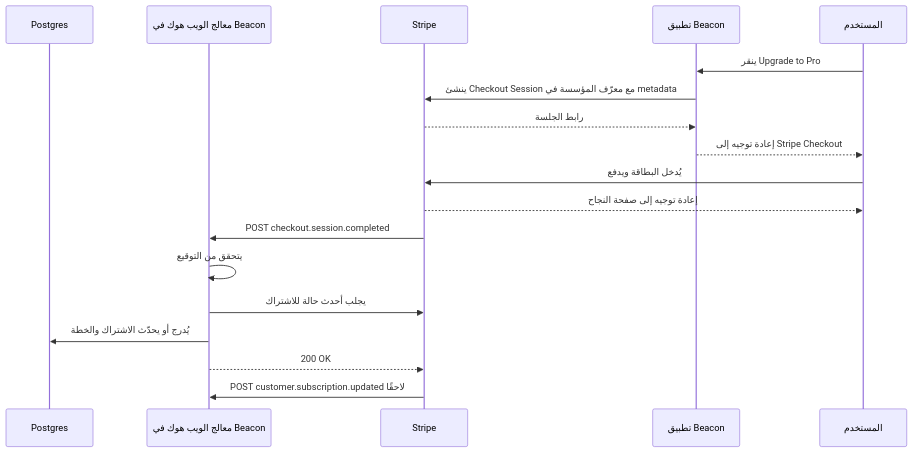
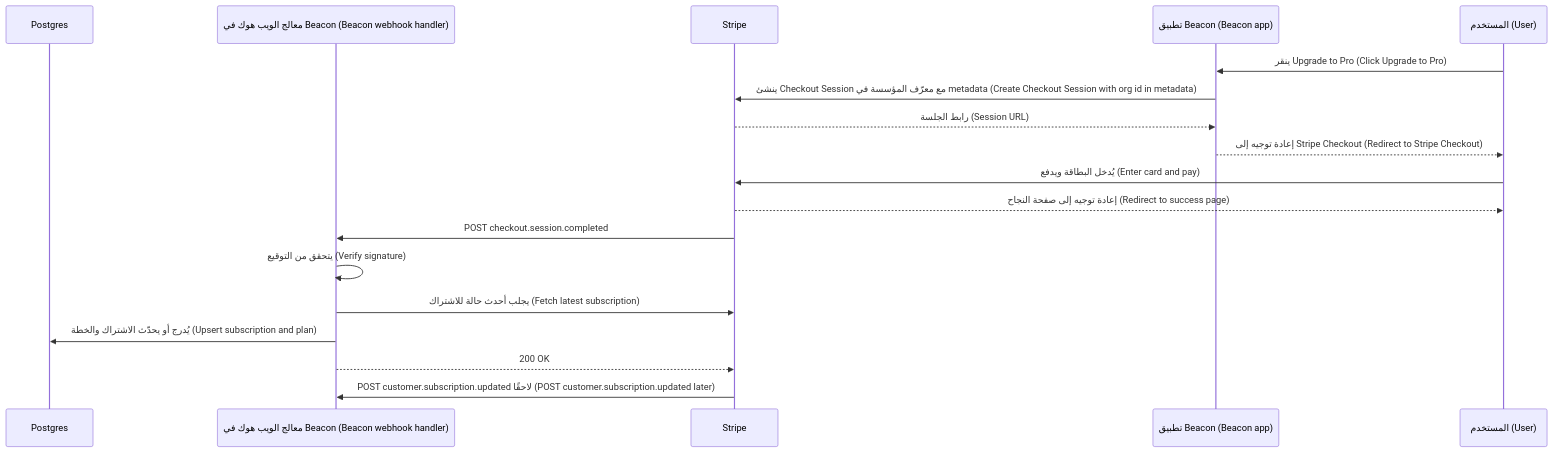
The first of 4 diagrams in saas/modules/03-money.ar.md (Tamoura/system-design-for-vibe-coders), drawn with Mermaid before and after one commit. The commit also changed other lines of this file and 62 other files, not shown here.

First line of the commit message:
Arabic editions: English on every diagram label, RTL fixes, rebuild

````diff
--- a/saas/modules/03-money.ar.md
+++ b/saas/modules/03-money.ar.md
@@ -53,20 +53,20 @@
 ```mermaid
 sequenceDiagram
     participant DB as Postgres
-    participant W as معالج الويب هوك في Beacon
+    participant W as معالج الويب هوك في Beacon (Beacon webhook handler)
     participant S as Stripe
-    participant B as تطبيق Beacon
-    participant U as المستخدم
-    U->>B: ينقر Upgrade to Pro
-    B->>S: ينشئ Checkout Session مع معرّف المؤسسة في metadata
-    S-->>B: رابط الجلسة
-    B-->>U: إعادة توجيه إلى Stripe Checkout
-    U->>S: يُدخل البطاقة ويدفع
-    S-->>U: إعادة توجيه إلى صفحة النجاح
+    participant B as تطبيق Beacon (Beacon app)
+    participant U as المستخدم (User)
+    U->>B: ينقر Upgrade to Pro (Click Upgrade to Pro)
+    B->>S: ينشئ Checkout Session مع معرّف المؤسسة في metadata (Create Checkout Session with org id in metadata)
+    S-->>B: رابط الجلسة (Session URL)
+    B-->>U: إعادة توجيه إلى Stripe Checkout (Redirect to Stripe Checkout)
+    U->>S: يُدخل البطاقة ويدفع (Enter card and pay)
+    S-->>U: إعادة توجيه إلى صفحة النجاح (Redirect to success page)
     S->>W: POST checkout.session.completed
-    W->>W: يتحقق من التوقيع
-    W->>S: يجلب أحدث حالة للاشتراك
-    W->>DB: يُدرج أو يحدّث الاشتراك والخطة
+    W->>W: يتحقق من التوقيع (Verify signature)
+    W->>S: يجلب أحدث حالة للاشتراك (Fetch latest subscription)
+    W->>DB: يُدرج أو يحدّث الاشتراك والخطة (Upsert subscription and plan)
     W-->>S: 200 OK
-    S->>W: POST customer.subscription.updated لاحقًا
+    S->>W: POST customer.subscription.updated لاحقًا (POST customer.subscription.updated later)
 ```
````
